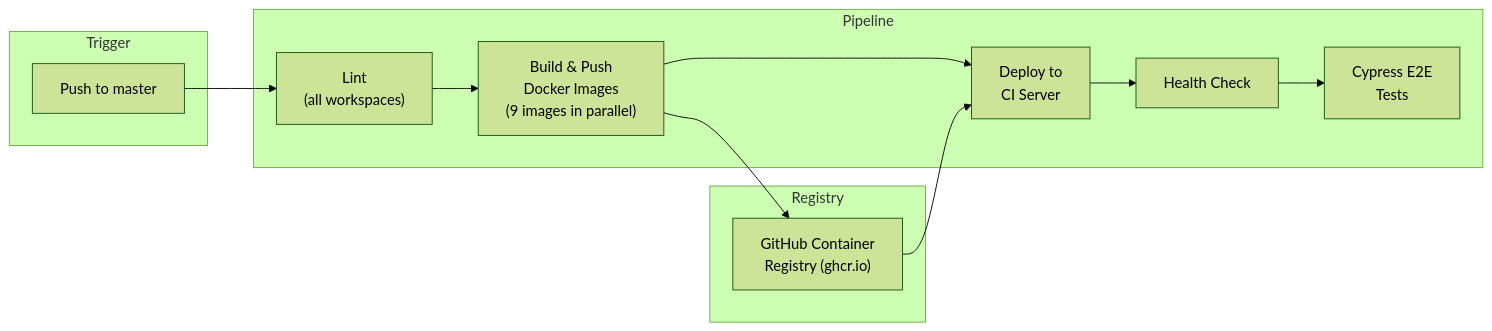
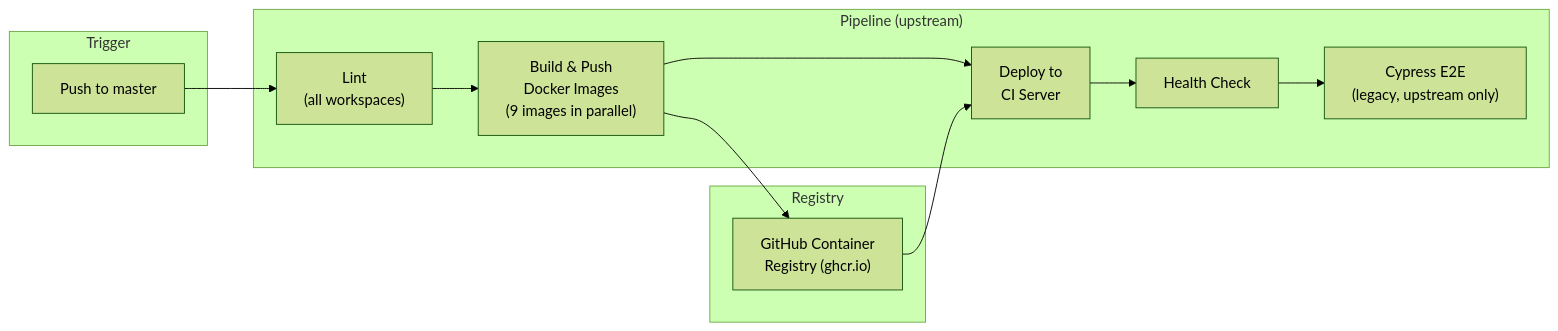
One commit to directorscut82/microrealestate changed the fifth of 6 diagrams in .kiro/steering/architecture-diagrams.md. Above: the diagram before and after it, drawn with Mermaid (forest theme). The commit also changed other lines of this file and 8 other files, not shown here.

````diff
--- a/.kiro/steering/architecture-diagrams.md
+++ b/.kiro/steering/architecture-diagrams.md
@@ -306,22 +308,22 @@
 ```mermaid
 graph LR
     subgraph Trigger
         Push["Push to master"]
     end
 
-    subgraph Pipeline
+    subgraph "Pipeline (upstream)"
         Lint["Lint<br/>(all workspaces)"]
         Build["Build & Push<br/>Docker Images<br/>(9 images in parallel)"]
         Deploy["Deploy to<br/>CI Server"]
         Health["Health Check"]
-        E2E["Cypress E2E<br/>Tests"]
+        E2E["Cypress E2E<br/>(legacy, upstream only)"]
     end
 
     subgraph Registry
         GHCR["GitHub Container<br/>Registry (ghcr.io)"]
     end
 
     Push --> Lint --> Build --> Deploy --> Health --> E2E
     Build --> GHCR
     GHCR --> Deploy
 ```
````
